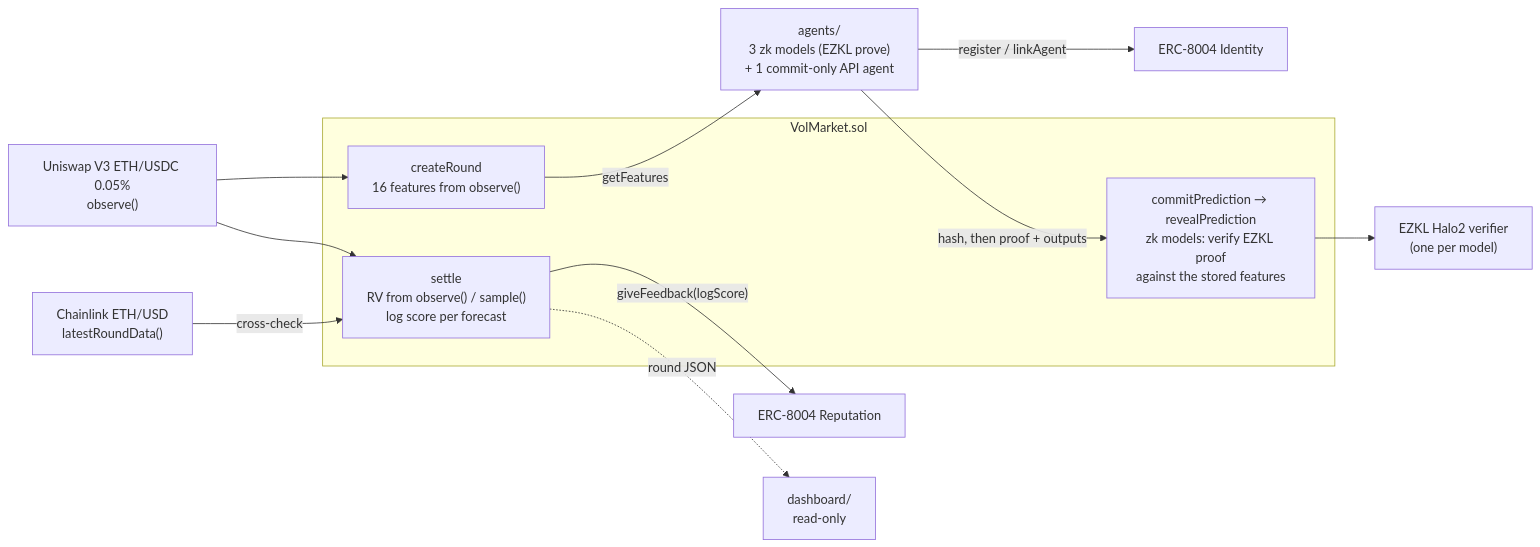
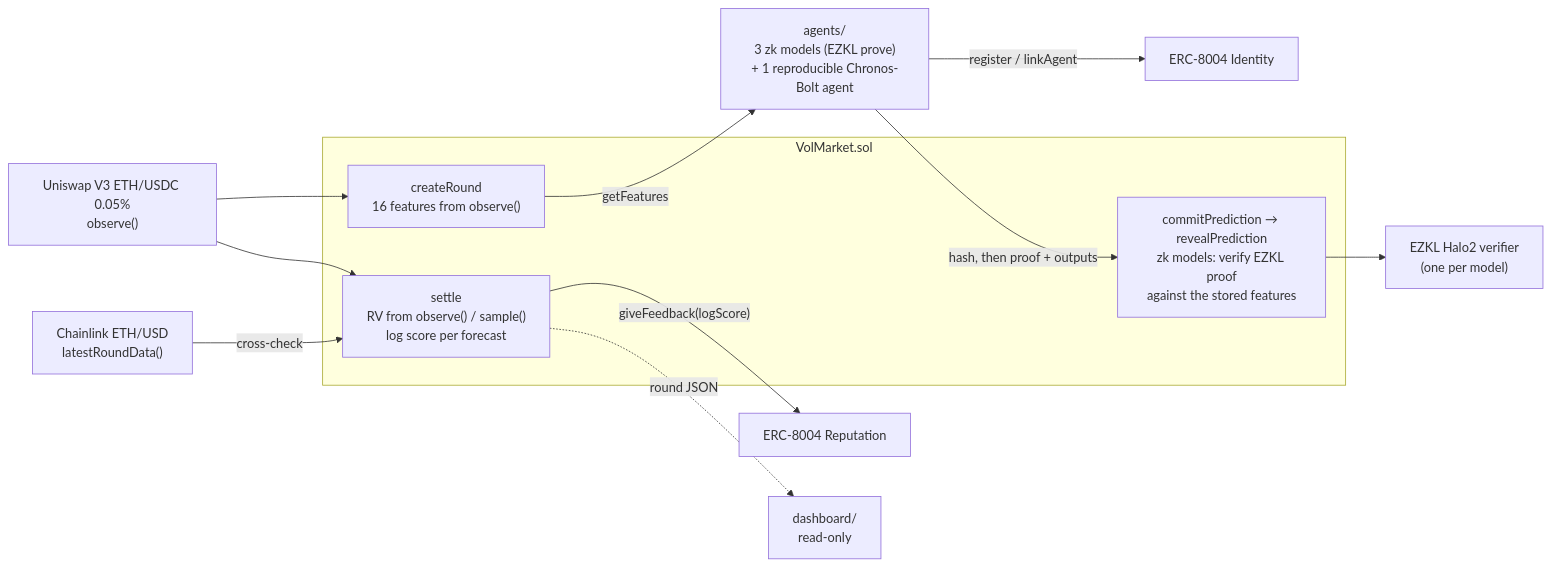
One commit to counterfactual5/verifiable-forecasts changed the diagram in README.md. Above: the diagram before and after it, drawn with Mermaid. The commit also changed other lines of this file and 8 other files, not shown here.

````diff
--- a/README.md
+++ b/README.md
@@ -29,25 +29,25 @@
 ```mermaid
 flowchart LR
   pool["Uniswap V3 ETH/USDC 0.05%<br/>observe()"]
   feed["Chainlink ETH/USD<br/>latestRoundData()"]
   subgraph market["VolMarket.sol"]
     create["createRound<br/>16 features from observe()"]
     submit["commitPrediction → revealPrediction<br/>zk models: verify EZKL proof<br/>against the stored features"]
     settle["settle<br/>RV from observe() / sample()<br/>log score per forecast"]
   end
-  agents["agents/<br/>3 zk models (EZKL prove)<br/>+ 1 commit-only API agent"]
+  agents["agents/<br/>3 zk models (EZKL prove)<br/>+ 1 reproducible Chronos-Bolt agent"]
   verifier["EZKL Halo2 verifier<br/>(one per model)"]
   id["ERC-8004 Identity"]
   rep["ERC-8004 Reputation"]
   dash["dashboard/<br/>read-only"]
 
   pool --> create
   create -- getFeatures --> agents
   agents -- hash, then proof + outputs --> submit
   submit --> verifier
   pool --> settle
   feed -- cross-check --> settle
   agents -- register / linkAgent --> id
   settle -- giveFeedback(logScore) --> rep
   settle -. round JSON .-> dash
 ```
````
